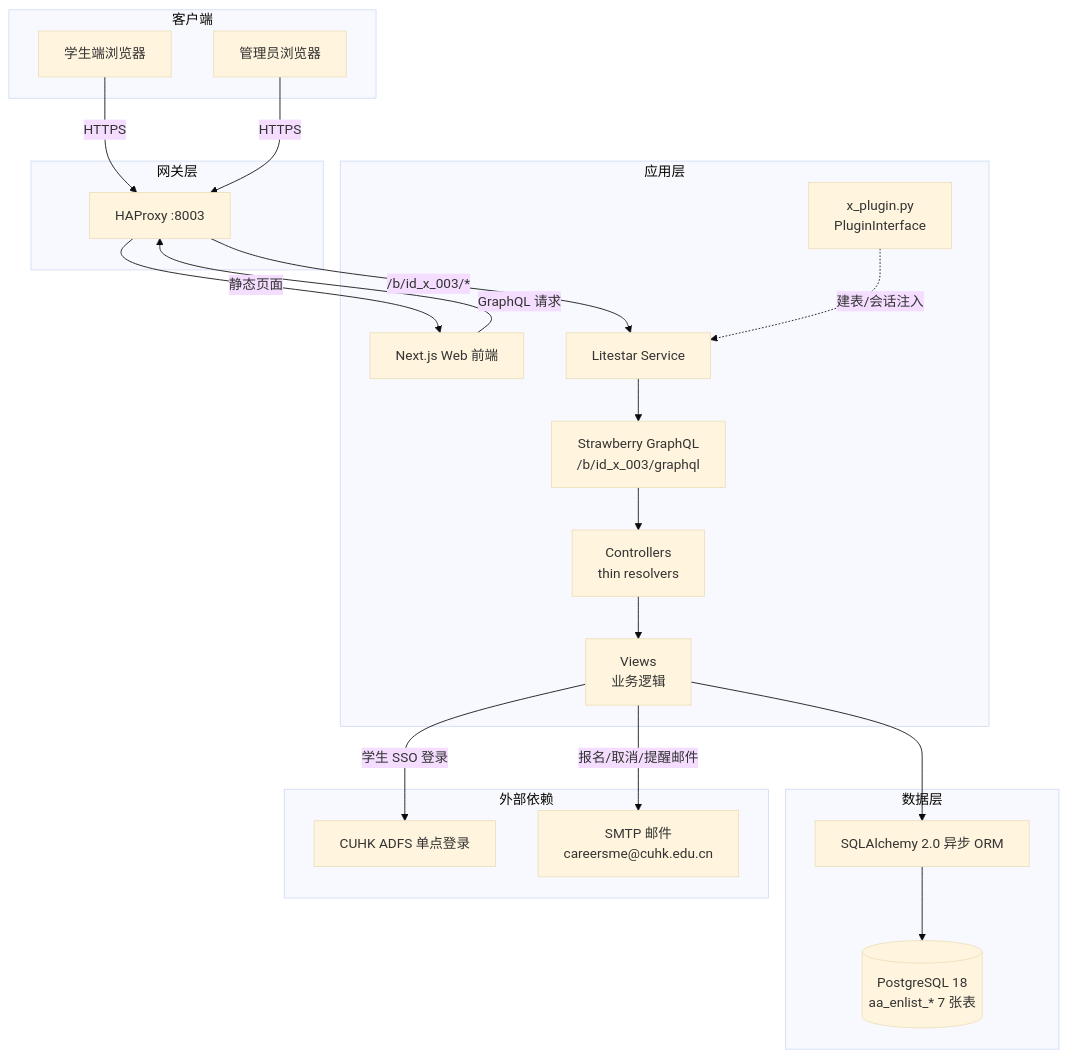
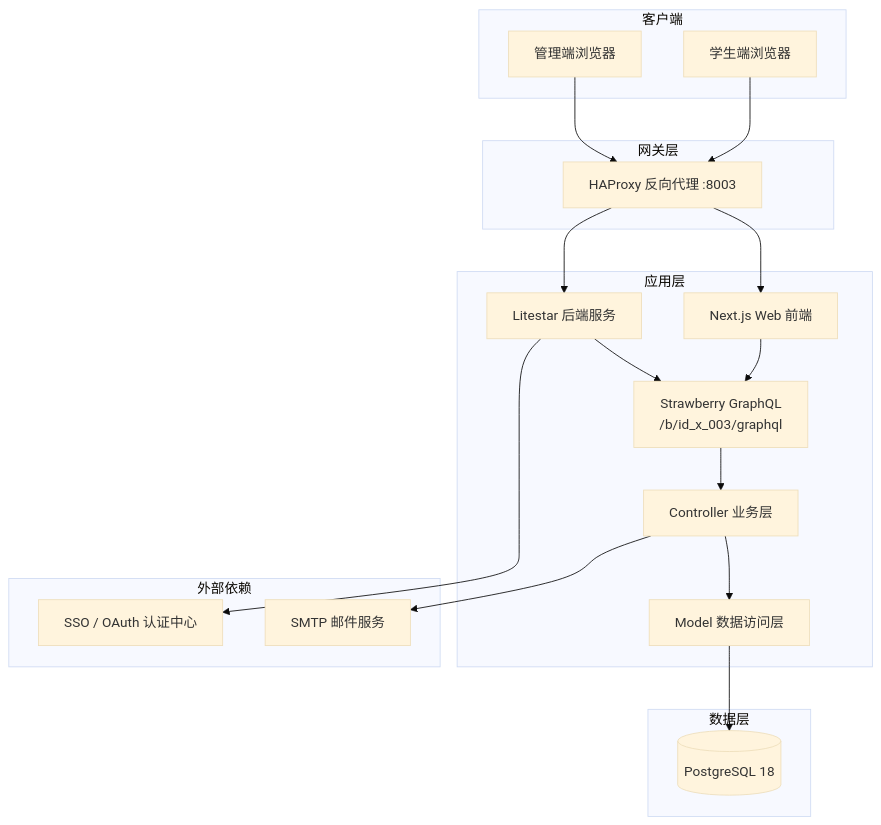
Before and after one commit to i-TorchLabs/id_x_003: the first of 2 diagrams in README.md, drawn with Mermaid (base theme). The commit also changed other lines of this file, not shown here.

````diff
--- a/README.md
+++ b/README.md
@@ -60,40 +60,40 @@
 ```mermaid
 graph TD
     subgraph 客户端
-        STU[学生端浏览器]
-        ADM[管理员浏览器]
+        A[学生端浏览器]
+        B[管理端浏览器]
     end
 
     subgraph 网关层
-        HAP[HAProxy :8003]
+        C[HAProxy 反向代理 :8003]
     end
 
     subgraph 应用层
-        WEB[Next.js Web 前端]
-        SVC[Litestar Service]
-        GQL[Strawberry GraphQL<br/>/b/id_x_003/graphql]
-        CTRL[Controllers<br/>thin resolvers]
-        VIEW[Views<br/>业务逻辑]
-        PLUGIN[x_plugin.py<br/>PluginInterface]
+        D[Next.js Web 前端]
+        E[Litestar 后端服务]
+        F[Strawberry GraphQL<br/>/b/id_x_003/graphql]
+        G[Controller 业务层]
+        H[Model 数据访问层]
     end
 
     subgraph 数据层
-        ORM[SQLAlchemy 2.0 异步 ORM]
-        DB[(PostgreSQL 18<br/>aa_enlist_* 7 张表)]
+        I[(PostgreSQL 18)]
     end
 
     subgraph 外部依赖
-        SSO[CUHK ADFS 单点登录]
-        MAIL[SMTP 邮件<br/>careersme@cuhk.edu.cn]
+        J[SSO / OAuth 认证中心]
+        K[SMTP 邮件服务]
     end
 
-    STU -->|HTTPS| HAP
-    ADM -->|HTTPS| HAP
-    HAP -->|静态页面| WEB
-    HAP -->|/b/id_x_003/*| SVC
-    WEB -->|GraphQL 请求| HAP
-    SVC --> GQL --> CTRL --> VIEW --> ORM --> DB
-    PLUGIN -.->|建表/会话注入| SVC
-    VIEW -->|学生 SSO 登录| SSO
-    VIEW -->|报名/取消/提醒邮件| MAIL
+    A --> C
+    B --> C
+    C --> D
+    C --> E
+    D --> F
+    E --> F
+    F --> G
+    G --> H
+    H --> I
+    E --> J
+    G --> K
 ```
````
